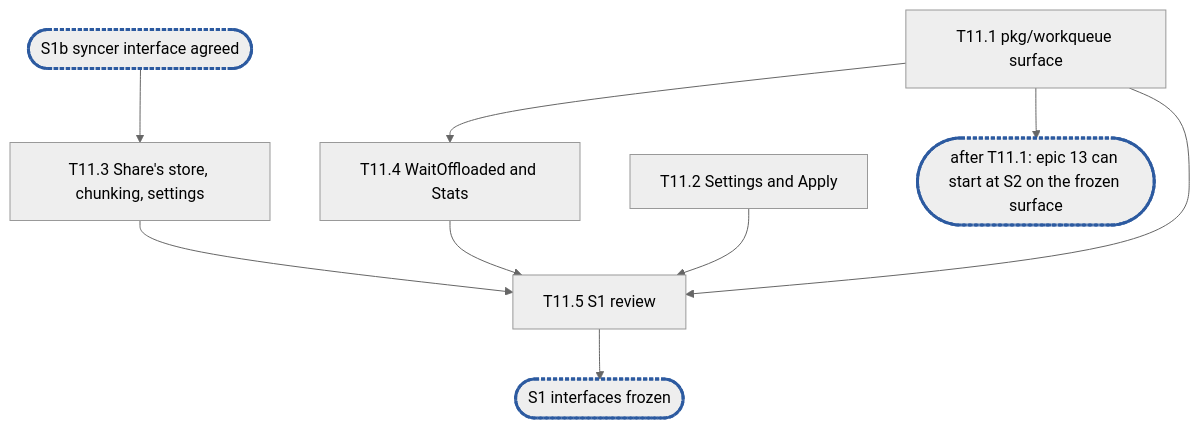
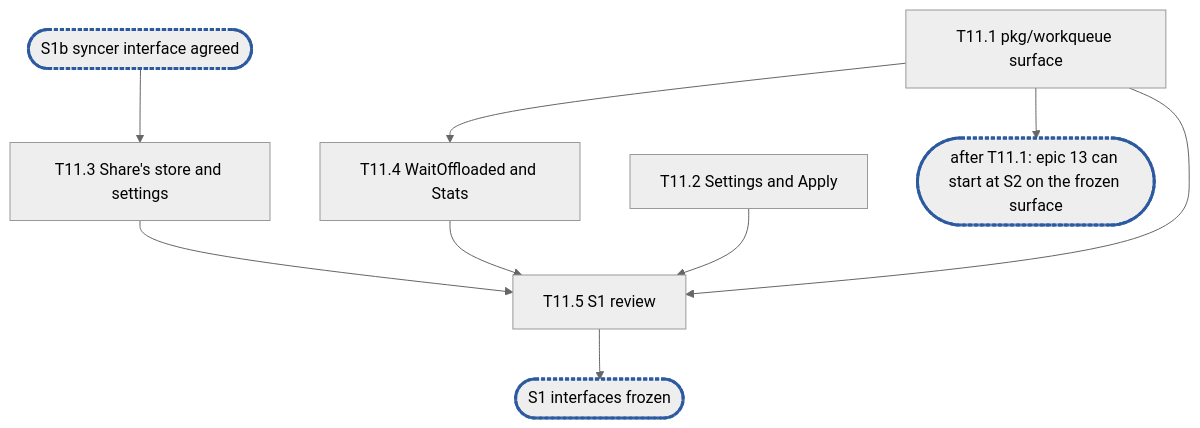
The diagram in .planning/rfc-8-offload-engine-epic11.md (cubbit/dittofs), drawn with Mermaid (neutral theme) before and after one commit. The commit also changed other lines of this file, not shown here.

````diff
--- a/.planning/rfc-8-offload-engine-epic11.md
+++ b/.planning/rfc-8-offload-engine-epic11.md
@@ -476,10 +483,10 @@
 ```mermaid
 flowchart TD
   Agreed(["S1b syncer interface agreed"]):::sync --> T11_3
   T11_1["T11.1 pkg/workqueue surface"] --> T11_4["T11.4 WaitOffloaded and Stats"]
   T11_2["T11.2 Settings and Apply"]
-  T11_3["T11.3 Share's store, chunking, settings"]
+  T11_3["T11.3 Share's store and settings"]
   T11_1 --> C1(["after T11.1: epic 13 can start at S2 on the frozen surface"]):::sync
   T11_1 & T11_2 & T11_3 & T11_4 --> T11_5["T11.5 S1 review"] --> S1(["S1 interfaces frozen"]):::sync
   classDef sync stroke:#2c5aa0,stroke-width:3px,stroke-dasharray:4 2
 ```
````
